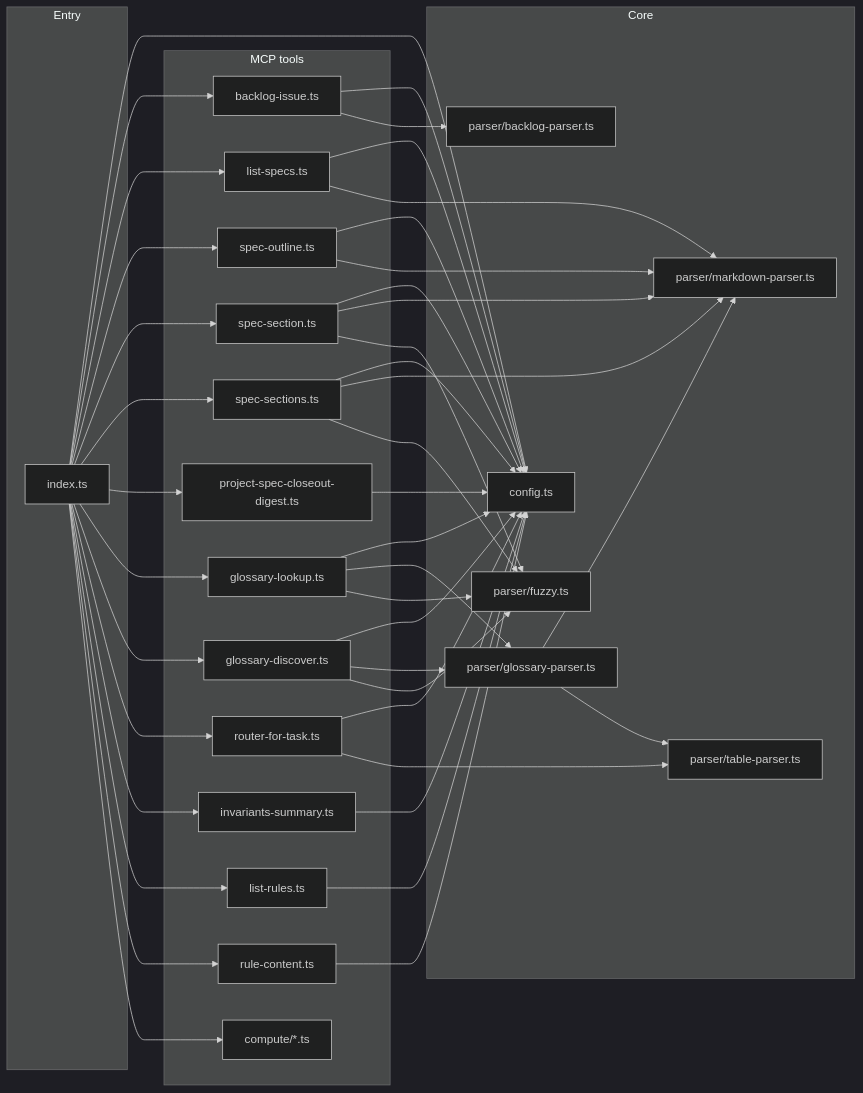
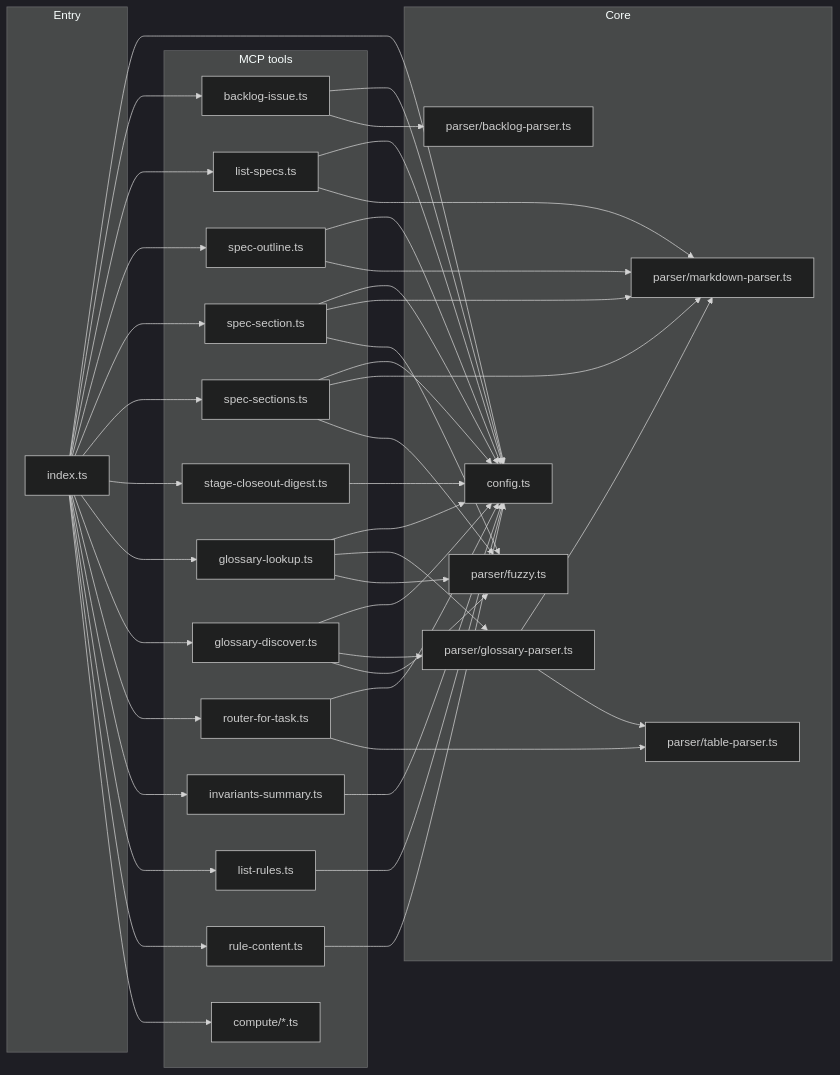
The diagram in tools/mcp-ia-server/README.md (jiramos87/TerritoryDeveloper), drawn with Mermaid (dark theme) before and after one commit. The commit also changed other lines of this file and 103 other files, not shown here.

````diff
--- a/tools/mcp-ia-server/README.md
+++ b/tools/mcp-ia-server/README.md
@@ -122,69 +122,69 @@
 ```mermaid
 flowchart LR
   subgraph entry [Entry]
     IDX[index.ts]
   end
   subgraph core [Core]
     CFG[config.ts]
     PAR[parser/markdown-parser.ts]
     FZ[parser/fuzzy.ts]
     TP[parser/table-parser.ts]
     GP[parser/glossary-parser.ts]
     BKP[parser/backlog-parser.ts]
   end
   subgraph mcp [MCP tools]
     BI[backlog-issue.ts]
     LS[list-specs.ts]
     SO[spec-outline.ts]
     SS[spec-section.ts]
     SSB[spec-sections.ts]
-    PSD[project-spec-closeout-digest.ts]
+    PSD[stage-closeout-digest.ts]
     GL[glossary-lookup.ts]
     GD[glossary-discover.ts]
     RF[router-for-task.ts]
     IS[invariants-summary.ts]
     LR[list-rules.ts]
     RC[rule-content.ts]
     CMP[compute/*.ts]
   end
   IDX --> CFG
   IDX --> BI
   IDX --> LS
   IDX --> SO
   IDX --> SS
   IDX --> SSB
   IDX --> PSD
   IDX --> GL
   IDX --> GD
   IDX --> RF
   IDX --> IS
   IDX --> LR
   IDX --> RC
   IDX --> CMP
   LS --> CFG
   LS --> PAR
   SO --> CFG
   SO --> PAR
   SS --> CFG
   SS --> PAR
   SS --> FZ
   SSB --> CFG
   SSB --> PAR
   SSB --> FZ
   PSD --> CFG
   GL --> CFG
   GL --> GP
   GL --> FZ
   GD --> CFG
   GD --> GP
   GD --> FZ
   RF --> CFG
   RF --> TP
   IS --> CFG
   LR --> CFG
   RC --> CFG
   BI --> CFG
   BI --> BKP
   GP --> PAR
   GP --> TP
 ```
````
